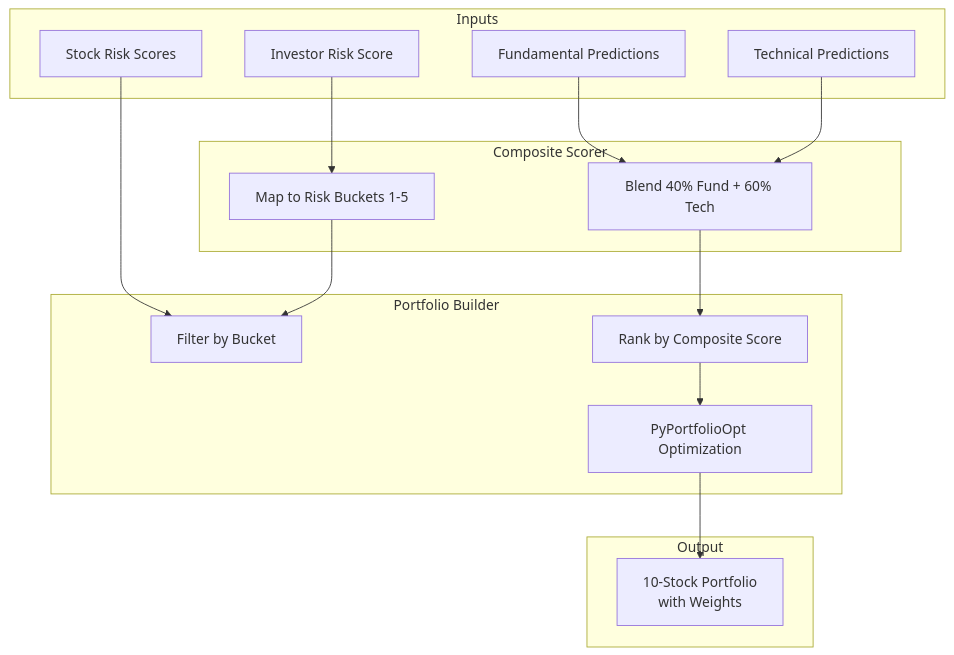
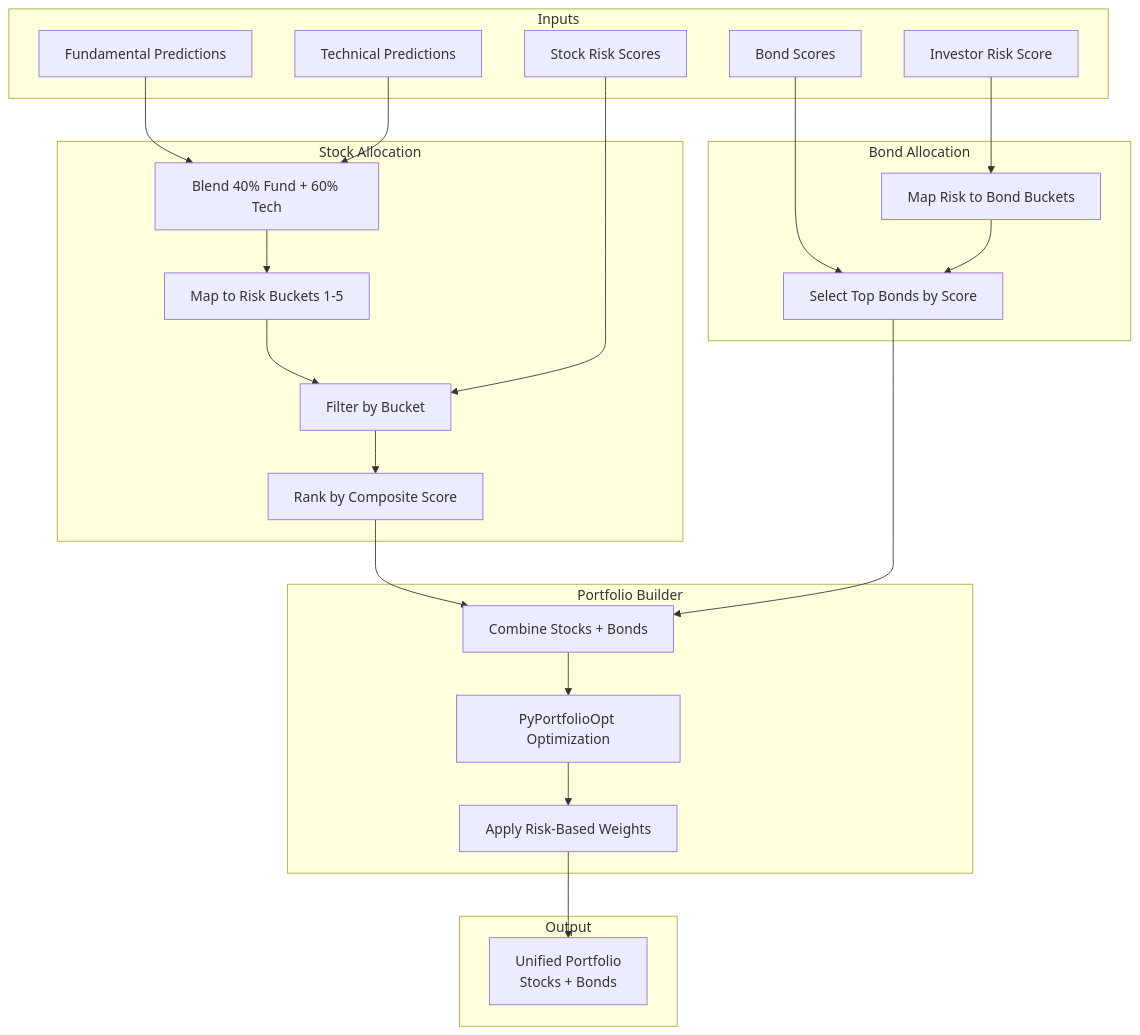
The seventh of 9 diagrams in README.md (HansalBhangale/data), drawn with Mermaid before and after one commit. The commit also changed other lines of this file and 11 other files, not shown here.

Commit message:
feat: Added ETFs to the portfolio allocation

````diff
--- a/README.md
+++ b/README.md
@@ -199,33 +268,47 @@
 ```mermaid
 flowchart TB
     subgraph "Inputs"
         FundPred[Fundamental Predictions]
         TechPred[Technical Predictions]
+        BondScores[Bond Scores]
         RiskScore[Investor Risk Score]
         StockRisk[Stock Risk Scores]
     end
 
-    subgraph "Composite Scorer"
+    subgraph "Stock Allocation"
         Blend[Blend 40% Fund + 60% Tech]
         Bucket[Map to Risk Buckets 1-5]
+        Filter[Filter by Bucket]
+        Rank[Rank by Composite Score]
+    end
+
+    subgraph "Bond Allocation"
+        RiskAlloc[Map Risk to Bond Buckets]
+        BondRank[Select Top Bonds by Score]
     end
 
     subgraph "Portfolio Builder"
-        Filter[Filter by Bucket]
-        Rank[Rank by Composite Score]
+        Combine[Combine Stocks + Bonds]
         Opt[PyPortfolioOpt Optimization]
+        Weight[Apply Risk-Based Weights]
     end
 
     subgraph "Output"
-        Port[10-Stock Portfolio<br/>with Weights]
+        Port[Unified Portfolio<br/>Stocks + Bonds]
     end
 
     FundPred --> Blend
     TechPred --> Blend
-    RiskScore --> Bucket
+    Blend --> Bucket
+    Bucket --> Filter
     StockRisk --> Filter
-    Blend --> Rank
-    Bucket --> Filter
-    Rank --> Opt
-    Opt --> Port
+    Filter --> Rank
+    RiskScore --> RiskAlloc
+    BondScores --> BondRank
+    RiskAlloc --> BondRank
+    Rank --> Combine
+    BondRank --> Combine
+    Combine --> Opt
+    Opt --> Weight
+    Weight --> Port
 ```
````
